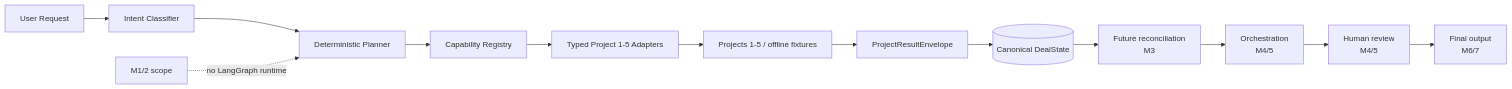
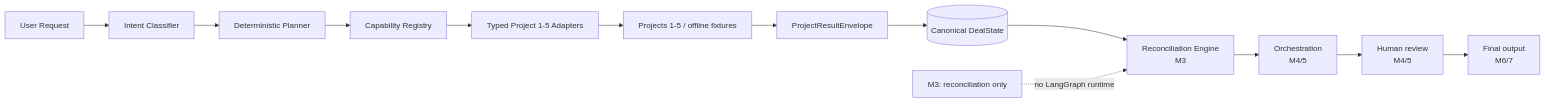
Before and after one commit to rishu765/mna_deal_intelligence: the second of 3 diagrams in 06_mna_deal_intelligence_super_agent/README.md, drawn with Mermaid. The commit also changed other lines of this file and 11 other files, not shown here.

````diff
--- a/06_mna_deal_intelligence_super_agent/README.md
+++ b/06_mna_deal_intelligence_super_agent/README.md
@@ -142,15 +143,15 @@
 ```mermaid
 flowchart LR
     U[User Request] --> I[Intent Classifier]
     I --> PL[Deterministic Planner]
     PL --> RG[Capability Registry]
     RG --> A[Typed Project 1-5 Adapters]
     A --> P[Projects 1-5 / offline fixtures]
     P --> E[ProjectResultEnvelope]
     E --> C[(Canonical DealState)]
-    C --> R[Future reconciliation<br/>M3]
+    C --> R[Reconciliation Engine<br/>M3]
     R --> O[Orchestration<br/>M4/5]
     O --> H[Human review<br/>M4/5]
     H --> F[Final output<br/>M6/7]
-    M[M1/2 scope] -. no LangGraph runtime .-> PL
+    M[M3: reconciliation only] -. no LangGraph runtime .-> R
 ```
````
